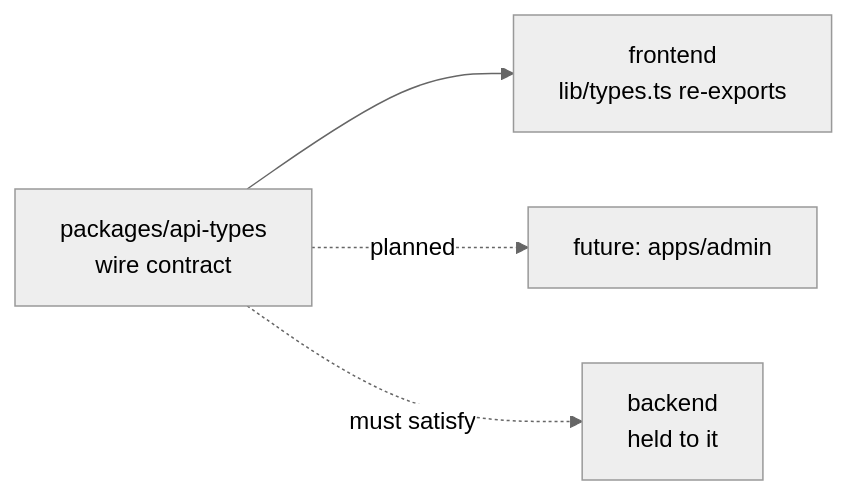
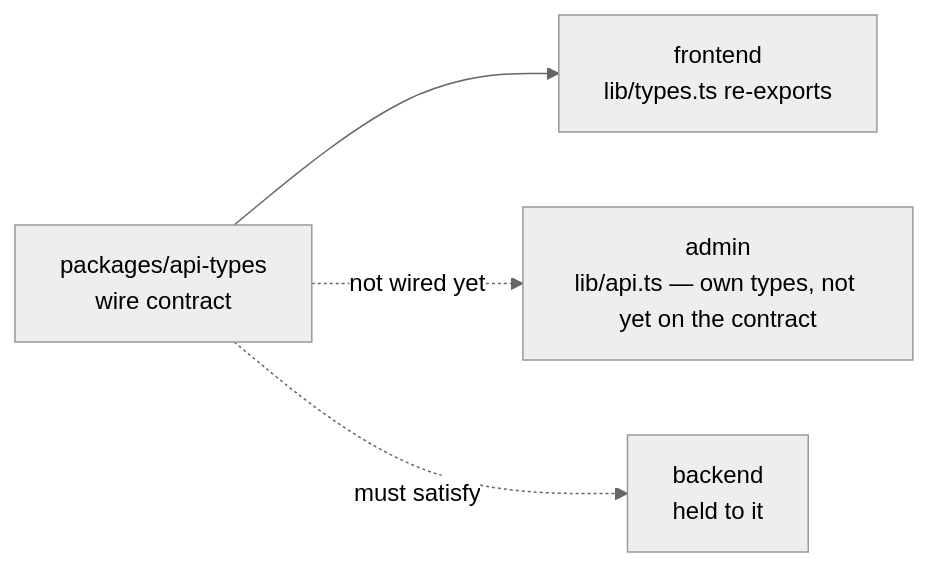
One commit to AbdouHanafy-dev/dunes-insolites changed the second of 9 diagrams in ARCHITECTURE.md. Above: the diagram before and after it, drawn with Mermaid (neutral theme). The commit also changed other lines of this file and 68 other files, not shown here.

````diff
--- a/ARCHITECTURE.md
+++ b/ARCHITECTURE.md
@@ -138,10 +146,10 @@
 ```mermaid
 graph LR
     C["packages/api-types<br/>wire contract"]
     F["frontend<br/>lib/types.ts re-exports"]
-    A["future: apps/admin"]
+    A["admin<br/>lib/api.ts — own types, not yet on the contract"]
     B["backend<br/>held to it"]
     C --> F
-    C -.planned.-> A
+    C -.not wired yet.-> A
     C -.->|"must satisfy"| B
 ```
````
